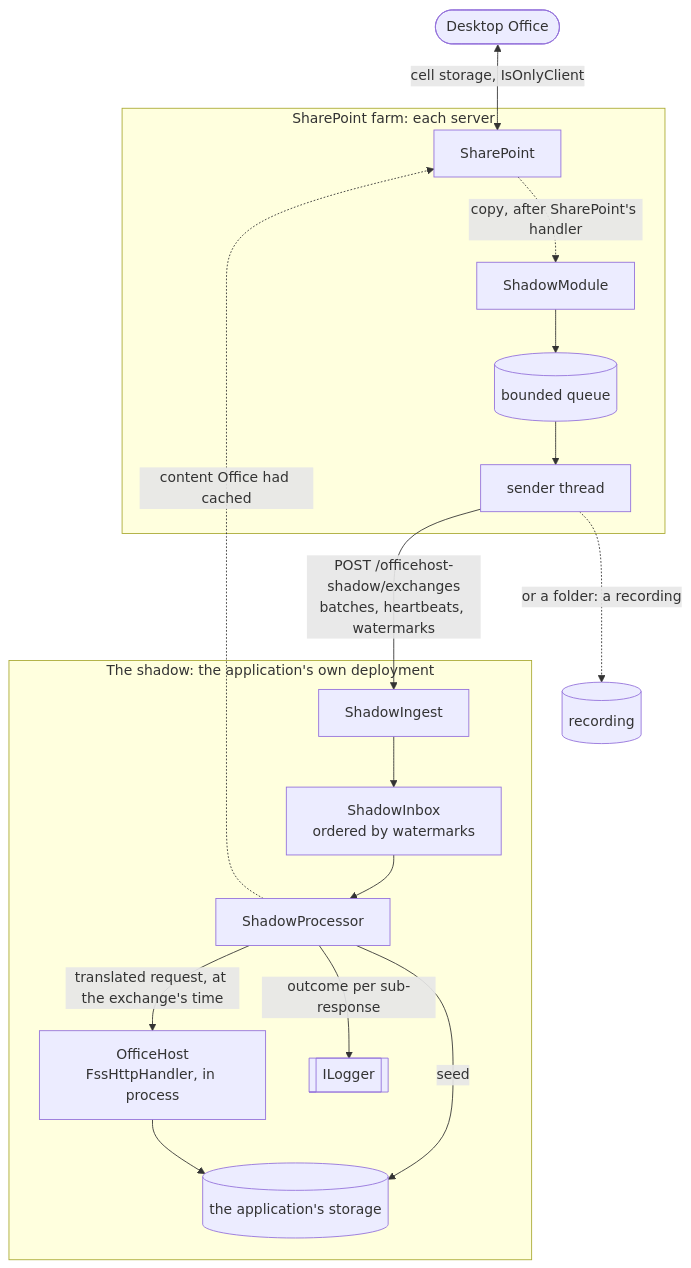
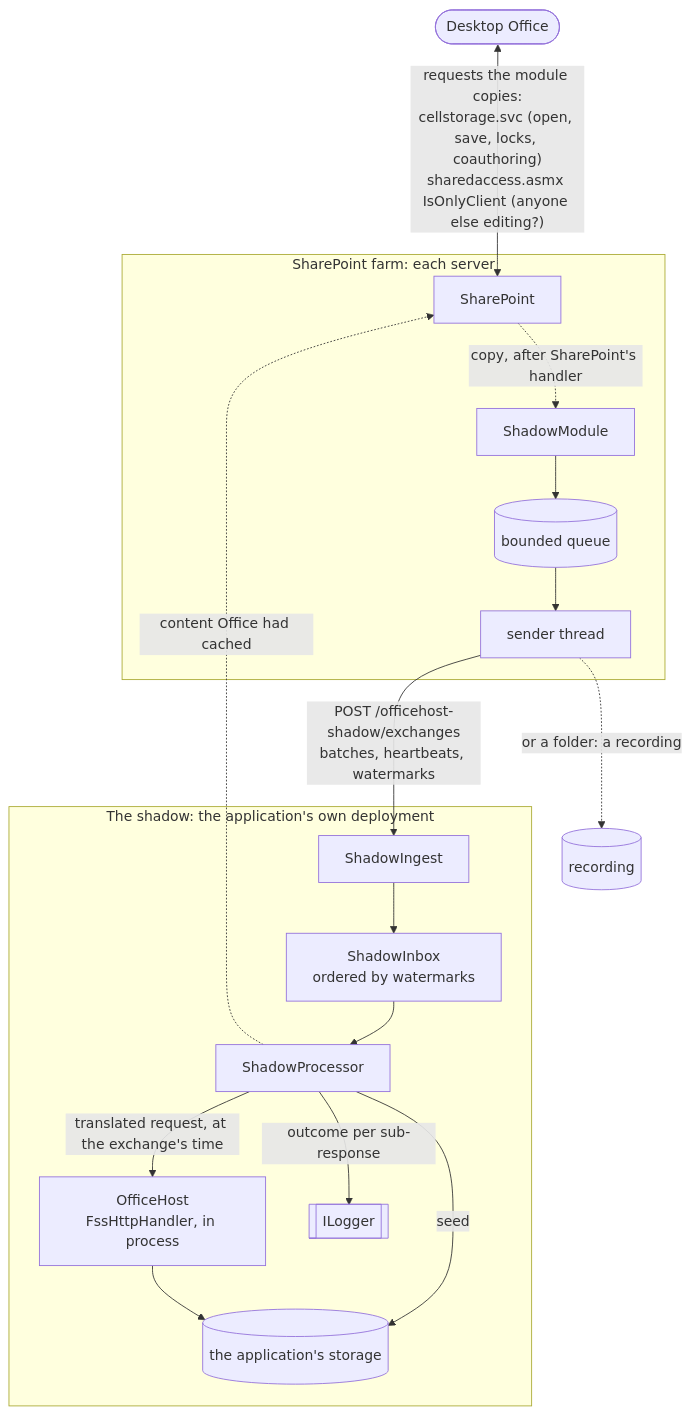
Before and after one commit to Papyrine/OfficeHost: the first of 6 diagrams in docs/shadow.md, drawn with Mermaid.

````diff
--- a/docs/shadow.md
+++ b/docs/shadow.md
@@ -17,24 +17,24 @@
 ```mermaid
 flowchart TD
-    office([Desktop Office]) <-->|cell storage, IsOnlyClient| sp
+    office([Desktop Office]) <-->|"requests the module copies:<br/>cellstorage.svc (open, save, locks, coauthoring)<br/>sharedaccess.asmx IsOnlyClient (anyone else editing?)"| sp
 
     subgraph farm [SharePoint farm: each server]
         sp[SharePoint] -.->|copy, after SharePoint's handler| module[ShadowModule]
         module --> queue[(bounded queue)]
         queue --> sender[sender thread]
     end
 
     sender -->|"POST /officehost-shadow/exchanges<br/>batches, heartbeats, watermarks"| ingest
     sender -.->|or a folder: a recording| folder[(recording)]
 
     subgraph shadow [The shadow: the application's own deployment]
         ingest[ShadowIngest] --> inbox[ShadowInbox<br/>ordered by watermarks]
         inbox --> processor[ShadowProcessor]
         processor -->|seed| storage[(the application's storage)]
         processor -->|"translated request, at the exchange's time"| officehost[OfficeHost<br/>FssHttpHandler, in process]
         officehost --> storage
         processor -->|outcome per sub-response| log[[ILogger]]
     end
 
     processor -.->|content Office had cached| sp
 ```
````
